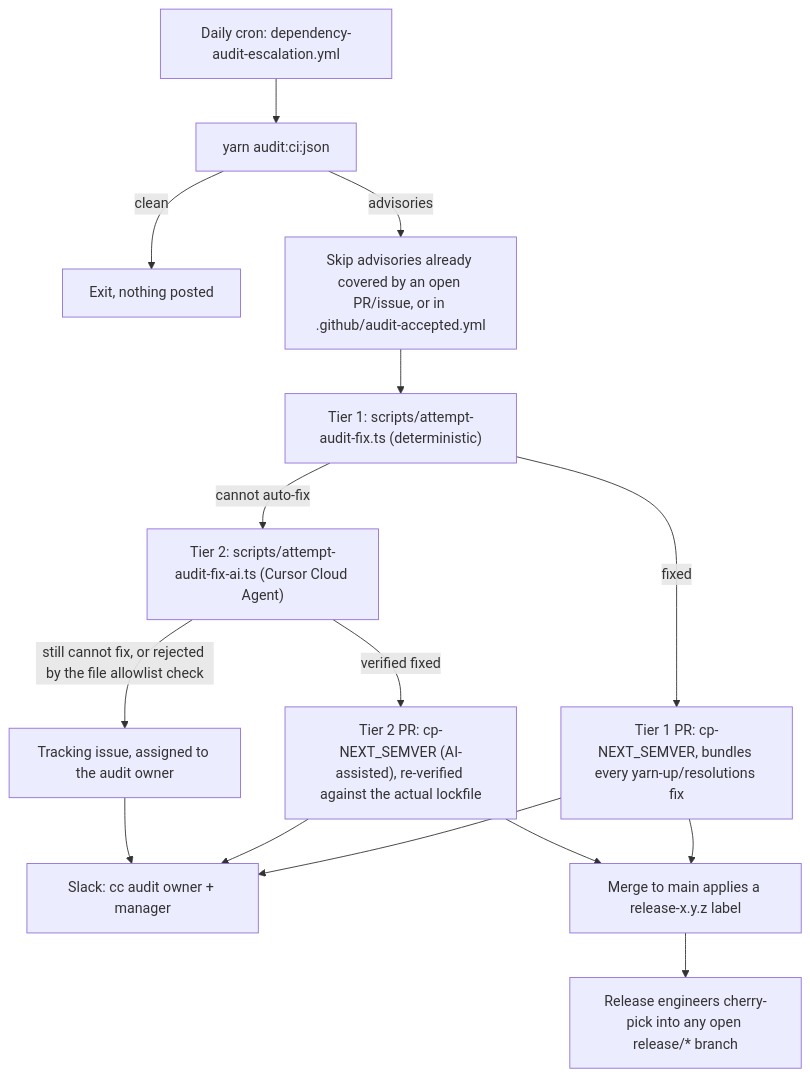
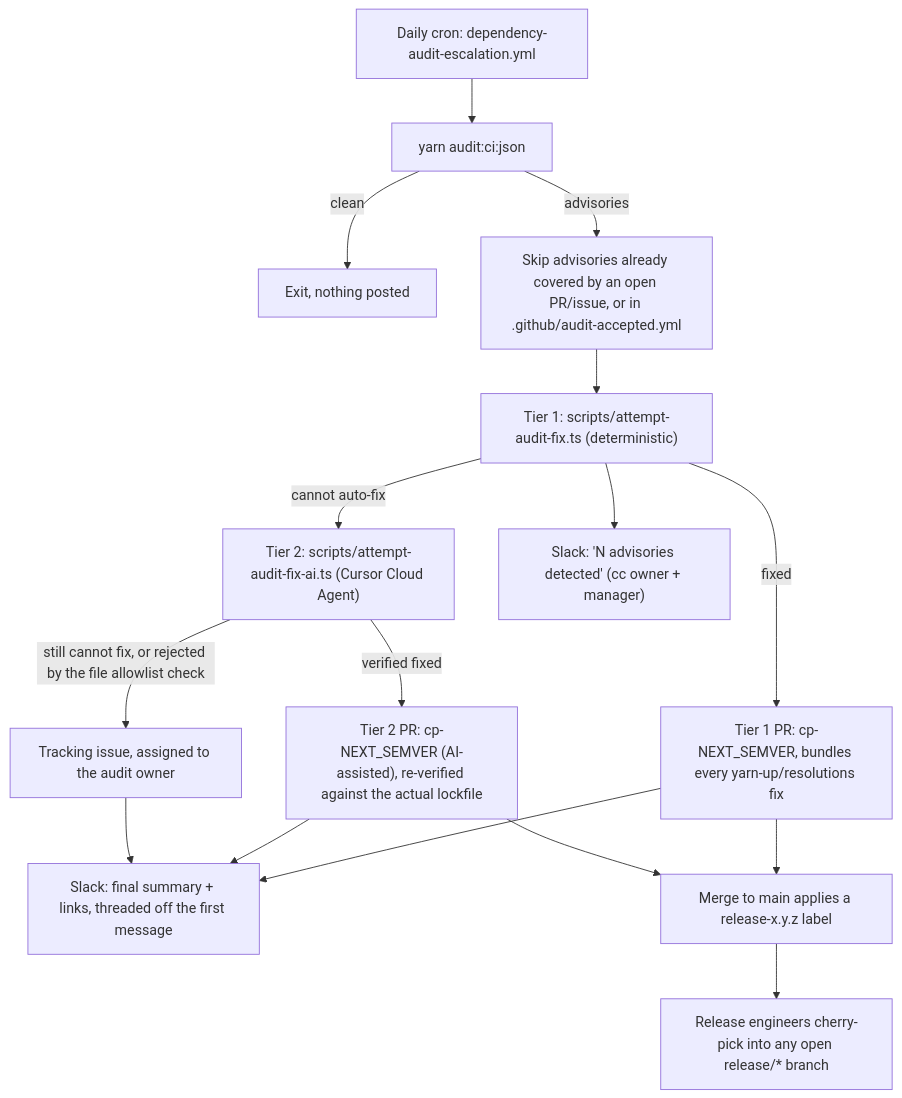
One commit to MetaMask/metamask-mobile changed the diagram in docs/readme/dependency-audit.md. Above: the diagram before and after it, drawn with Mermaid. The commit also changed other lines of this file and 2 other files, not shown here.

Commit message:
feat: add early "detected" Slack notification to audit escalation
Previously the owner only heard about a new advisory once a PR (or
tracking issue) already existed, which can be several minutes later
once the AI-assisted tier has run. Now a first Slack message posts
right after the deterministic tier finishes, and the final summary
threads off of it.

````diff
--- a/docs/readme/dependency-audit.md
+++ b/docs/readme/dependency-audit.md
@@ -11,17 +11,18 @@
 ```mermaid
 flowchart TD
     cron["Daily cron: dependency-audit-escalation.yml"] --> run["yarn audit:ci:json"]
     run -->|clean| noop["Exit, nothing posted"]
     run -->|advisories| dedupe["Skip advisories already covered by an open PR/issue, or in .github/audit-accepted.yml"]
     dedupe --> fix1["Tier 1: scripts/attempt-audit-fix.ts (deterministic)"]
     fix1 -->|fixed| pr1["Tier 1 PR: cp-NEXT_SEMVER, bundles every yarn-up/resolutions fix"]
     fix1 -->|"cannot auto-fix"| fix2["Tier 2: scripts/attempt-audit-fix-ai.ts (Cursor Cloud Agent)"]
     fix2 -->|"verified fixed"| pr2["Tier 2 PR: cp-NEXT_SEMVER (AI-assisted), re-verified against the actual lockfile"]
     fix2 -->|"still cannot fix, or rejected by the file allowlist check"| issue["Tracking issue, assigned to the audit owner"]
-    pr1 --> slack["Slack: cc audit owner + manager"]
-    pr2 --> slack
-    issue --> slack
+    fix1 --> slack1["Slack: 'N advisories detected' (cc owner + manager)"]
+    pr1 --> slack2["Slack: final summary + links, threaded off the first message"]
+    pr2 --> slack2
+    issue --> slack2
     pr1 --> label["Merge to main applies a release-x.y.z label"]
     pr2 --> label
     label --> pick["Release engineers cherry-pick into any open release/* branch"]
 ```
````
